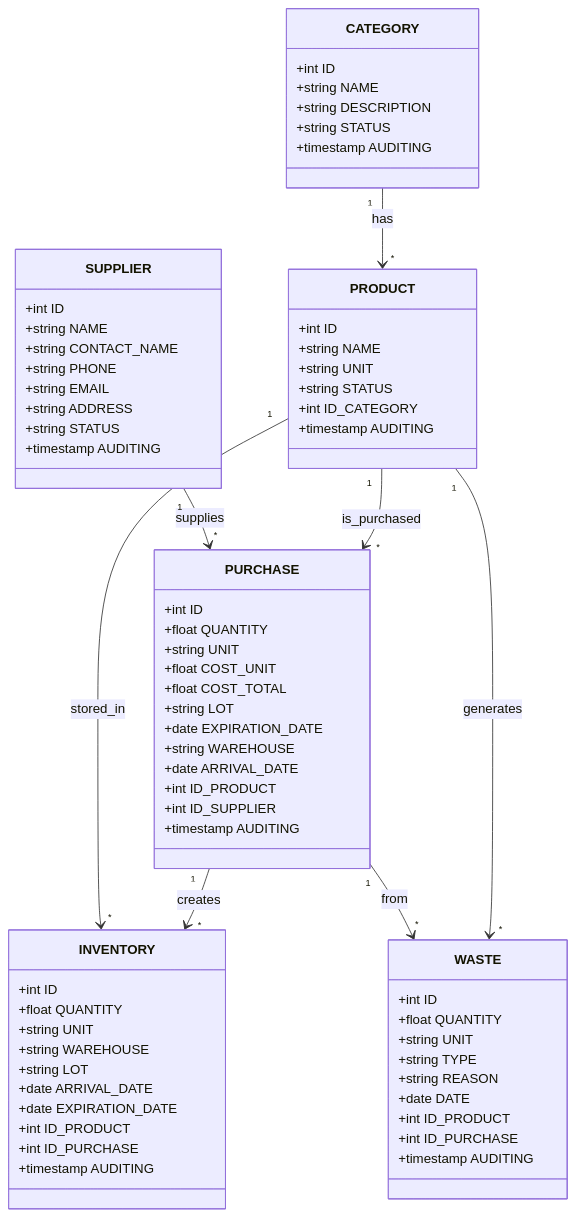
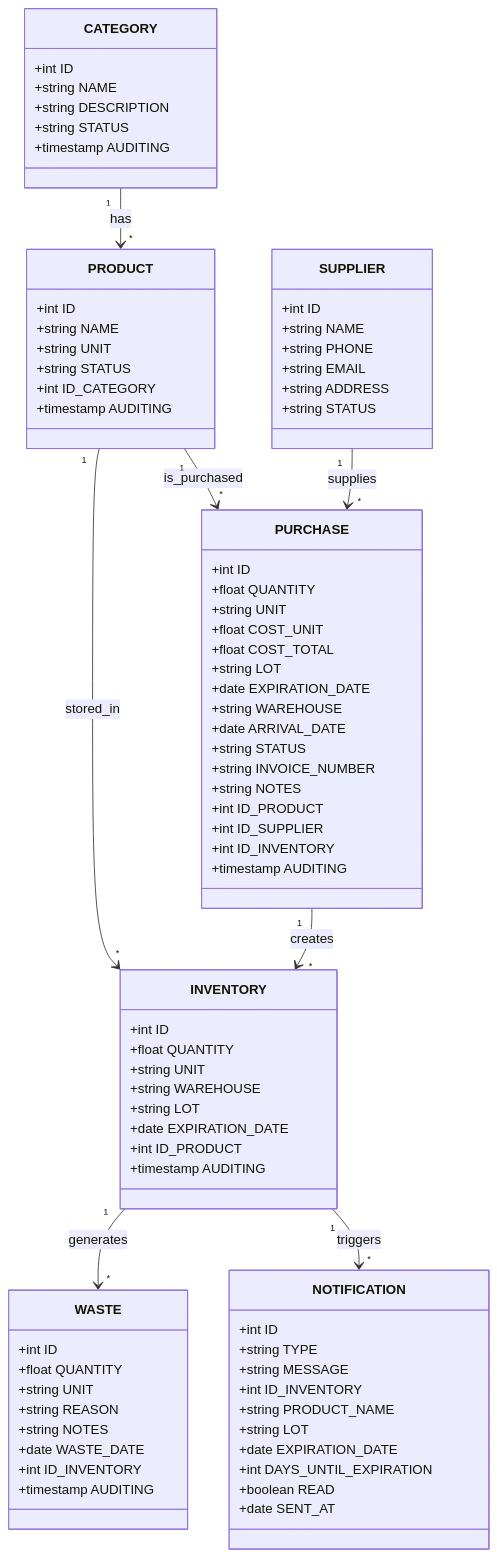
The diagram in README.md (Alexisfllv/api_store), drawn with Mermaid before and after one commit. The commit also changed other lines of this file and 117 other files, not shown here.

````diff
--- a/README.md
+++ b/README.md
@@ -9,7 +36,6 @@
         +string STATUS
         +timestamp AUDITING
     }
-
     class PRODUCT {
         +int ID
         +string NAME
@@ -18,18 +44,24 @@
         +int ID_CATEGORY
         +timestamp AUDITING
     }
-
     class SUPPLIER {
         +int ID
         +string NAME
-        +string CONTACT_NAME
         +string PHONE
         +string EMAIL
         +string ADDRESS
         +string STATUS
+    }
+    class INVENTORY {
+        +int ID
+        +float QUANTITY
+        +string UNIT
+        +string WAREHOUSE
+        +string LOT
+        +date EXPIRATION_DATE
+        +int ID_PRODUCT
         +timestamp AUDITING
     }
-
     class PURCHASE {
         +int ID
         +float QUANTITY
@@ -40,41 +72,42 @@
         +date EXPIRATION_DATE
         +string WAREHOUSE
         +date ARRIVAL_DATE
+        +string STATUS
+        +string INVOICE_NUMBER
+        +string NOTES
         +int ID_PRODUCT
         +int ID_SUPPLIER
+        +int ID_INVENTORY
         +timestamp AUDITING
     }
-
-    class INVENTORY {
-        +int ID
-        +float QUANTITY
-        +string UNIT
-        +string WAREHOUSE
-        +string LOT
-        +date ARRIVAL_DATE
-        +date EXPIRATION_DATE
-        +int ID_PRODUCT
-        +int ID_PURCHASE
-        +timestamp AUDITING
-    }
-
     class WASTE {
         +int ID
         +float QUANTITY
         +string UNIT
+        +string REASON
+        +string NOTES
+        +date WASTE_DATE
+        +int ID_INVENTORY
+        +timestamp AUDITING
+    }
+    class NOTIFICATION {
+        +int ID
         +string TYPE
-        +string REASON
-        +date DATE
-        +int ID_PRODUCT
-        +int ID_PURCHASE
-        +timestamp AUDITING
+        +string MESSAGE
+        +int ID_INVENTORY
+        +string PRODUCT_NAME
+        +string LOT
+        +date EXPIRATION_DATE
+        +int DAYS_UNTIL_EXPIRATION
+        +boolean READ
+        +date SENT_AT
     }
 
     CATEGORY "1" --> "*" PRODUCT : has
+    PRODUCT "1" --> "*" INVENTORY : stored_in
     PRODUCT "1" --> "*" PURCHASE : is_purchased
     SUPPLIER "1" --> "*" PURCHASE : supplies
     PURCHASE "1" --> "*" INVENTORY : creates
-    PRODUCT "1" --> "*" INVENTORY : stored_in
-    PRODUCT "1" --> "*" WASTE : generates
-    PURCHASE "1" --> "*" WASTE : from
+    INVENTORY "1" --> "*" WASTE : generates
+    INVENTORY "1" --> "*" NOTIFICATION : triggers
 ```
````
